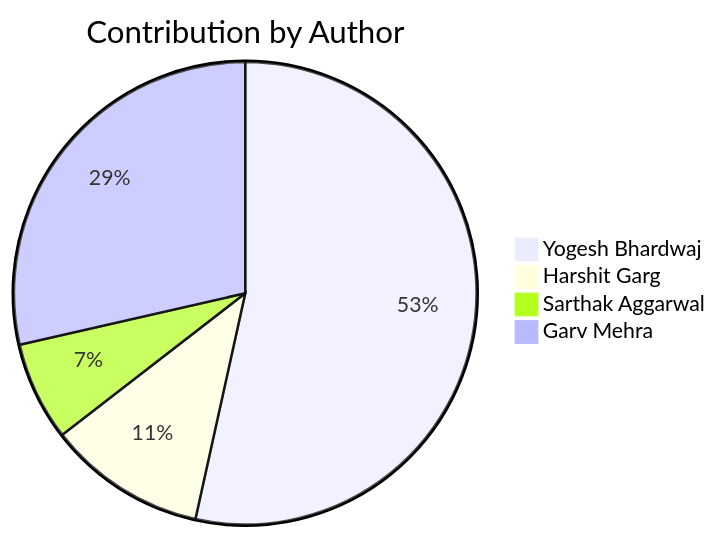
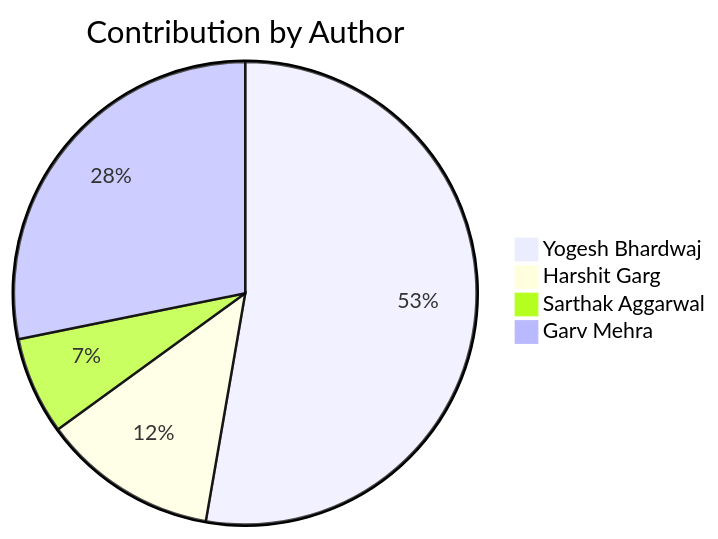
The second of 2 diagrams in README.md (Yogesh-Bhardwaj-hue/Scm-Final_2.0), drawn with Mermaid before and after one commit. The commit also changed other lines of this file, not shown here.

Commit message:
Update contribution charts

````diff
--- a/README.md
+++ b/README.md
@@ -192,7 +192,7 @@
 ```mermaid
 pie title Contribution by Author
     "Yogesh Bhardwaj": 116
-    "Harshit Garg": 24
+    "Harshit Garg": 27
     "Sarthak Aggarwal": 15
     "Garv Mehra": 62
 ```
````
